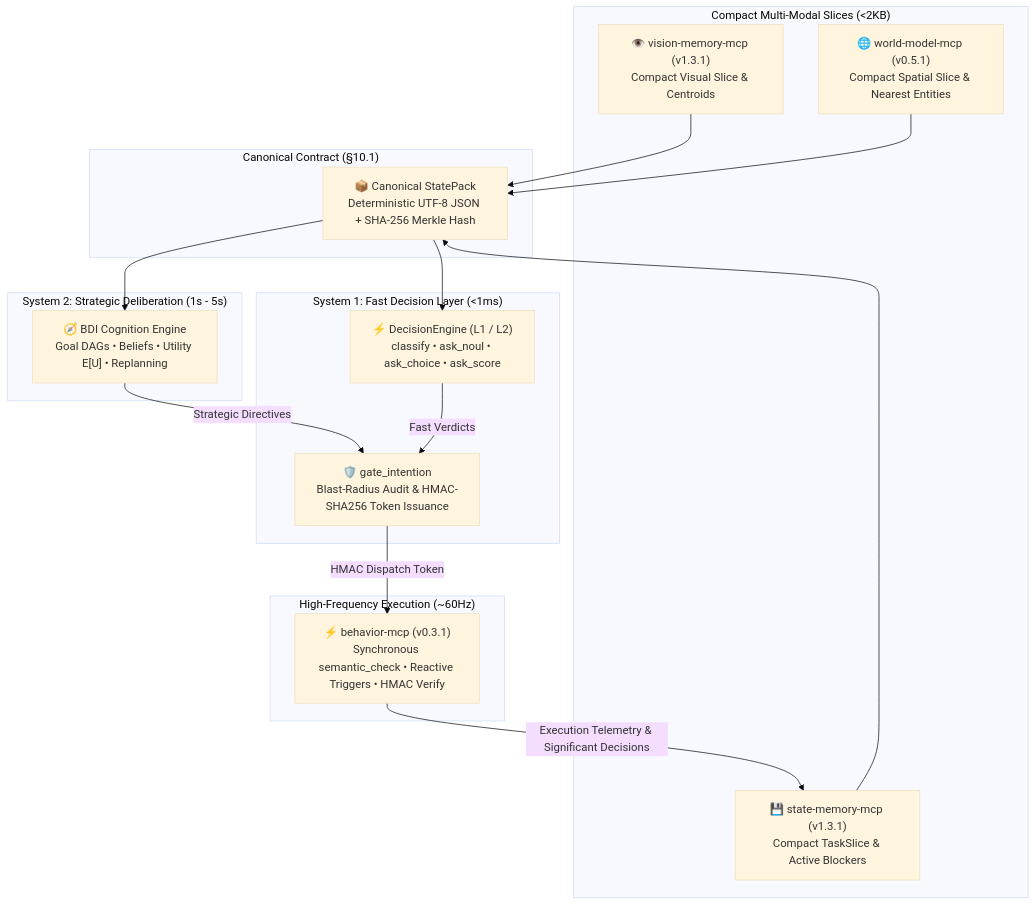
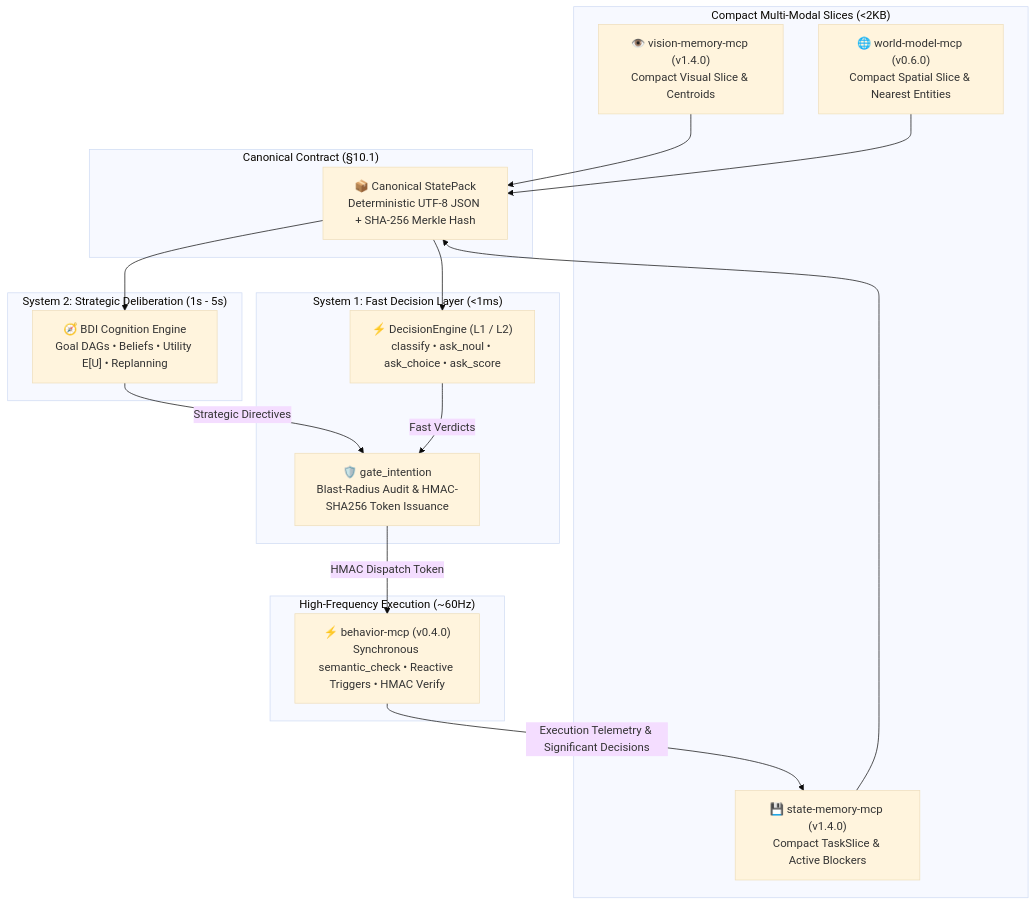
One commit to putervision/.github changed the diagram in profile/README.md. Above: the diagram before and after it, drawn with Mermaid (base theme). The commit also changed other lines of this file and 2 other files, not shown here.

````diff
--- a/profile/README.md
+++ b/profile/README.md
@@ -45,35 +45,35 @@
 ```mermaid
 flowchart TD
     subgraph Slices ["Compact Multi-Modal Slices (<2KB)"]
-        VM["👁️ vision-memory-mcp (v1.3.1)<br/>Compact Visual Slice & Centroids"]
-        WM["🌐 world-model-mcp (v0.5.1)<br/>Compact Spatial Slice & Nearest Entities"]
-        SM["💾 state-memory-mcp (v1.3.1)<br/>Compact TaskSlice & Active Blockers"]
+        VM["👁️ vision-memory-mcp (v1.4.0)<br/>Compact Visual Slice & Centroids"]
+        WM["🌐 world-model-mcp (v0.6.0)<br/>Compact Spatial Slice & Nearest Entities"]
+        SM["💾 state-memory-mcp (v1.4.0)<br/>Compact TaskSlice & Active Blockers"]
     end
 
     subgraph StatePackAssembly ["Canonical Contract (§10.1)"]
         SP["📦 Canonical StatePack<br/>Deterministic UTF-8 JSON + SHA-256 Merkle Hash"]
     end
 
     subgraph System2 ["System 2: Strategic Deliberation (1s - 5s)"]
         BDI["🧭 BDI Cognition Engine<br/>Goal DAGs • Beliefs • Utility E[U] • Replanning"]
     end
 
     subgraph System1 ["System 1: Fast Decision Layer (<1ms)"]
         DE["⚡ DecisionEngine (L1 / L2)<br/>classify • ask_noul • ask_choice • ask_score"]
         IG["🛡️ gate_intention<br/>Blast-Radius Audit & HMAC-SHA256 Token Issuance"]
     end
 
     subgraph Runtime ["High-Frequency Execution (~60Hz)"]
-        BM["⚡ behavior-mcp (v0.3.1)<br/>Synchronous semantic_check • Reactive Triggers • HMAC Verify"]
+        BM["⚡ behavior-mcp (v0.4.0)<br/>Synchronous semantic_check • Reactive Triggers • HMAC Verify"]
     end
 
     VM --> SP
     WM --> SP
     SM --> SP
     SP --> BDI
     SP --> DE
     BDI -->|Strategic Directives| IG
     DE -->|Fast Verdicts| IG
     IG -->|HMAC Dispatch Token| BM
     BM -->|Execution Telemetry & Significant Decisions| SM
 ```
````
